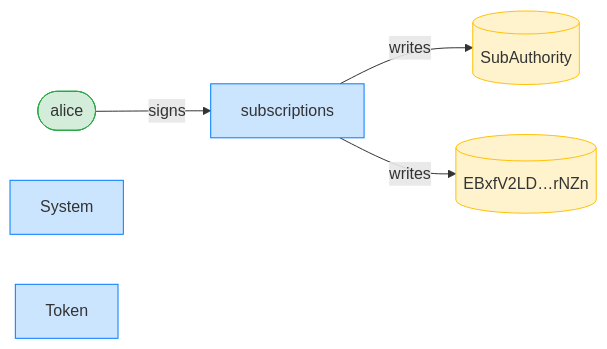
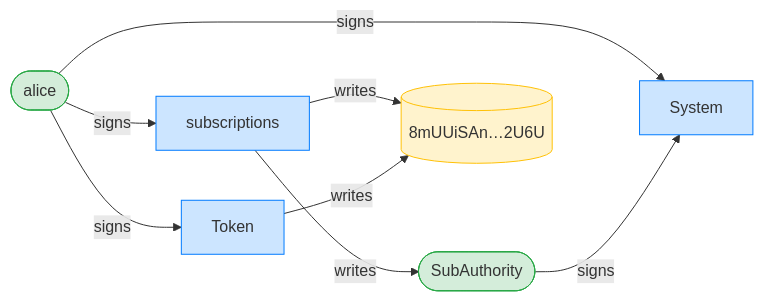
One commit to cds-rs/subscriptions changed the third of 16 diagrams in dsl_tests/resume-rejected-after-the-cancelled-period-elapsed.md. Above: the diagram before and after it, drawn with Mermaid. The commit also changed other lines of this file and 224 other files, not shown here.

````diff
--- a/dsl_tests/resume-rejected-after-the-cancelled-period-elapsed.md
+++ b/dsl_tests/resume-rejected-after-the-cancelled-period-elapsed.md
@@ -55,15 +56,19 @@
 ```mermaid
 flowchart LR
     classDef signer fill:#d4edda,stroke:#28a745;
     classDef program fill:#cce5ff,stroke:#007bff;
     classDef writable fill:#fff3cd,stroke:#ffc107;
     subscriptions[subscriptions]:::program
     alice([alice]):::signer
-    SubAuthority[(SubAuthority)]:::writable
-    EBxfV2LD_rNZn[("EBxfV2LD…rNZn")]:::writable
+    SubAuthority([SubAuthority]):::signer
+    8mUUiSAn_2U6U[("8mUUiSAn…2U6U")]:::writable
     System[System]:::program
     Token[Token]:::program
     alice -->|signs| subscriptions
+    alice -->|signs| System
+    SubAuthority -->|signs| System
+    alice -->|signs| Token
     subscriptions -->|writes| SubAuthority
-    subscriptions -->|writes| EBxfV2LD_rNZn
+    subscriptions -->|writes| 8mUUiSAn_2U6U
+    Token -->|writes| 8mUUiSAn_2U6U
 ```
````
